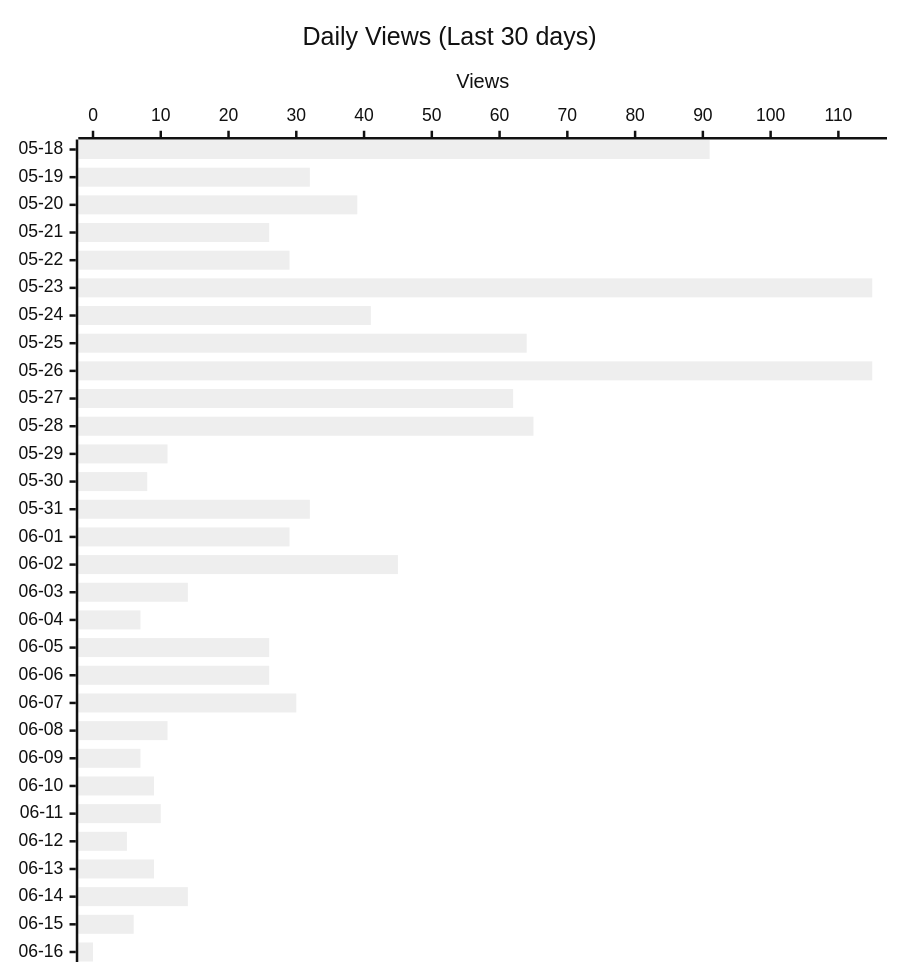
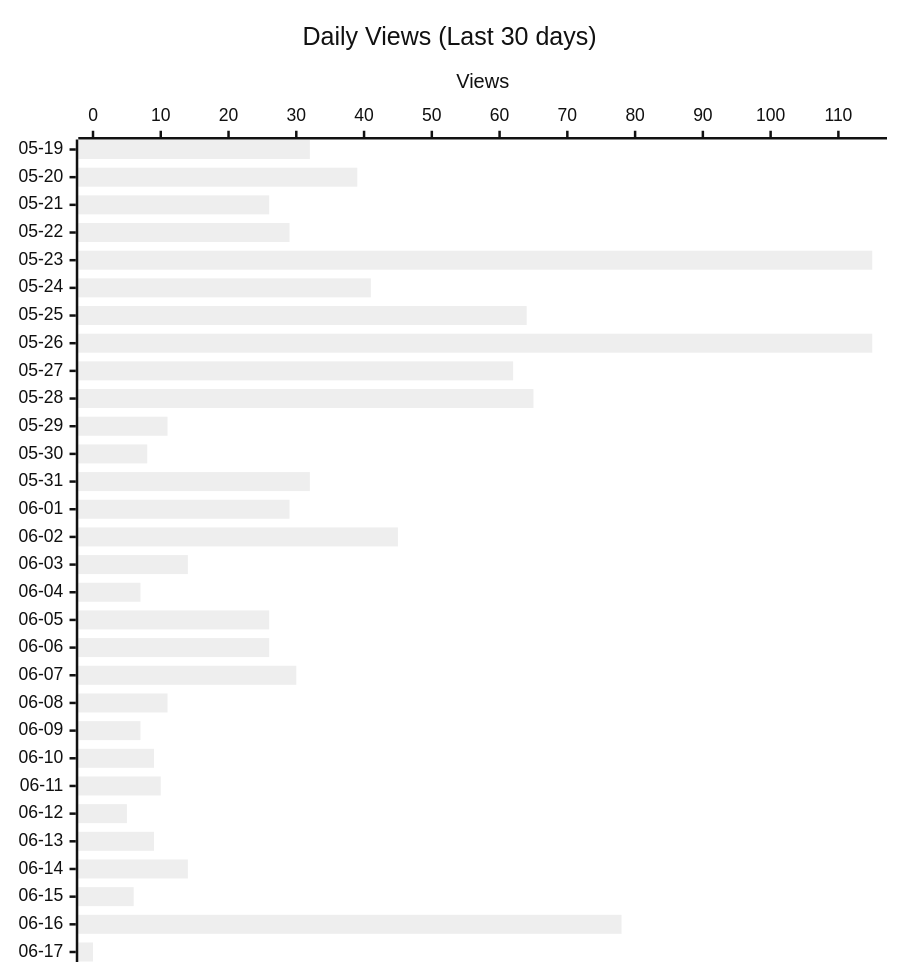
One commit to shigechika/github-insights changed the second of 3 diagrams in README.md. Above: the diagram before and after it, drawn with Mermaid (neutral theme). The commit also changed other lines of this file and 2 other files, not shown here.

````diff
--- a/README.md
+++ b/README.md
@@ -28,12 +28,12 @@
 ```mermaid
 ---
 config:
   xyChart:
     height: 760
 ---
 xychart-beta horizontal
     title "Daily Views (Last 30 days)"
-    x-axis ["05-18", "05-19", "05-20", "05-21", "05-22", "05-23", "05-24", "05-25", "05-26", "05-27", "05-28", "05-29", "05-30", "05-31", "06-01", "06-02", "06-03", "06-04", "06-05", "06-06", "06-07", "06-08", "06-09", "06-10", "06-11", "06-12", "06-13", "06-14", "06-15", "06-16"]
+    x-axis ["05-19", "05-20", "05-21", "05-22", "05-23", "05-24", "05-25", "05-26", "05-27", "05-28", "05-29", "05-30", "05-31", "06-01", "06-02", "06-03", "06-04", "06-05", "06-06", "06-07", "06-08", "06-09", "06-10", "06-11", "06-12", "06-13", "06-14", "06-15", "06-16", "06-17"]
     y-axis "Views"
-    bar [91, 32, 39, 26, 29, 115, 41, 64, 115, 62, 65, 11, 8, 32, 29, 45, 14, 7, 26, 26, 30, 11, 7, 9, 10, 5, 9, 14, 6, 0]
+    bar [32, 39, 26, 29, 115, 41, 64, 115, 62, 65, 11, 8, 32, 29, 45, 14, 7, 26, 26, 30, 11, 7, 9, 10, 5, 9, 14, 6, 78, 0]
 ```
````
